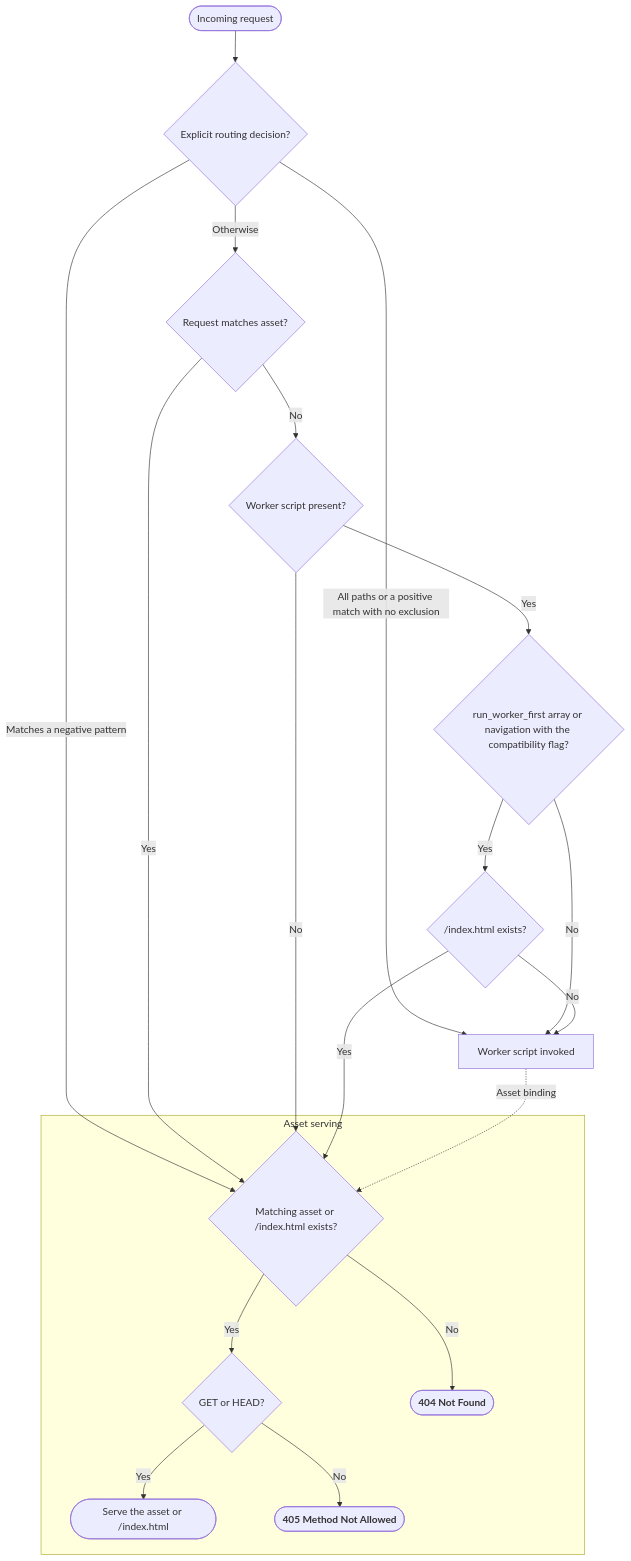
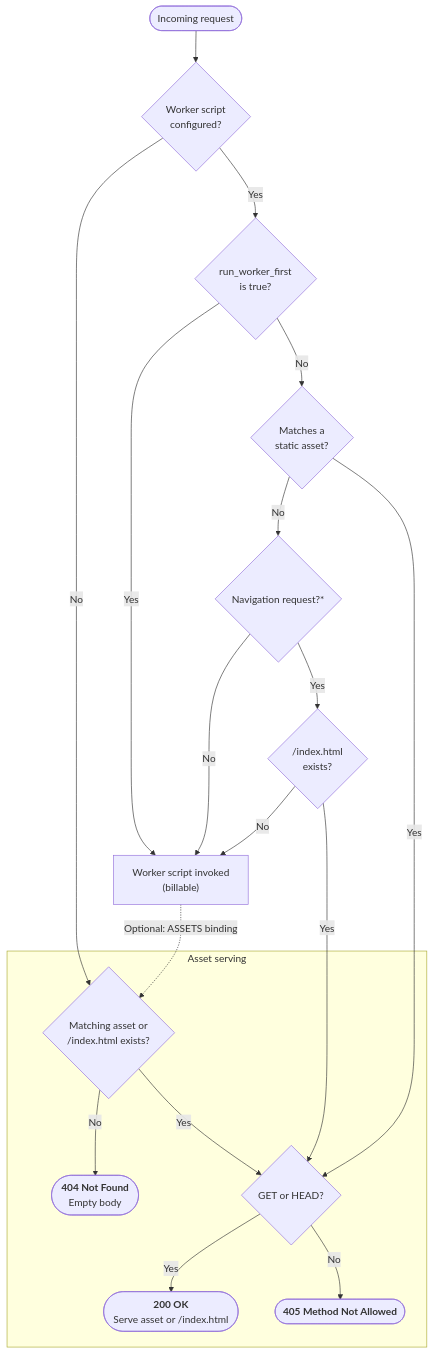
Before and after one commit to cloudflare/cloudflare-docs: the first of 2 diagrams in src/content/docs/workers/static-assets/routing/single-page-application.mdx, drawn with Mermaid. The commit also changed other lines of this file and 3 other files, not shown here.

Commit message:
[Workers] Improve SPA and SSG routing diagrams and refit hidden Mermaid SVGs

````diff
--- a/src/content/docs/workers/static-assets/routing/single-page-application.mdx
+++ b/src/content/docs/workers/static-assets/routing/single-page-application.mdx
@@ -113,35 +132,42 @@
 ```mermaid
-flowchart
+flowchart TD
 	Request@{ shape: stadium, label: "Incoming request" }
-	Request-->RunWorkerFirst
-	RunWorkerFirst@{ shape: diamond, label: "Explicit routing decision?" }
-	RunWorkerFirst-->|All paths or a positive match with no exclusion|WorkerScriptInvoked
-	RunWorkerFirst-->|Matches a negative pattern|AssetServing
-	RunWorkerFirst-->|Otherwise|RequestMatchesAsset
-	RequestMatchesAsset@{ shape: diamond, label: "Request matches asset?" }
-	RequestMatchesAsset-->|Yes|AssetServing
-	RequestMatchesAsset-->|No|WorkerScriptPresent
-	WorkerScriptPresent@{ shape: diamond, label: "Worker script present?" }
-	WorkerScriptPresent-->|No|AssetServing
-	WorkerScriptPresent-->|Yes|UseSPAFallback
-	UseSPAFallback@{ shape: diamond, label: "run_worker_first array or navigation with the compatibility flag?" }
-	UseSPAFallback-->|Yes|FallbackExists
-	UseSPAFallback-->|No|WorkerScriptInvoked
-	FallbackExists@{ shape: diamond, label: "/index.html exists?" }
-	FallbackExists-->|Yes|AssetServing
-	FallbackExists-->|No|WorkerScriptInvoked
-	WorkerScriptInvoked@{ shape: rect, label: "Worker script invoked" }
-	WorkerScriptInvoked-.->|Asset binding|AssetServing
+	Request --> HasWorker
+
+	HasWorker@{ shape: diamond, label: "Worker script<br />configured?" }
+	HasWorker -->|No| AssetLookup
+	HasWorker -->|Yes| RunWorkerFirst
+
+	RunWorkerFirst@{ shape: diamond, label: "run_worker_first<br />is true?" }
+	RunWorkerFirst -->|Yes| WorkerScript
+	RunWorkerFirst -->|No| MatchesAsset
+
+	MatchesAsset@{ shape: diamond, label: "Matches a<br />static asset?" }
+	MatchesAsset -->|No| NavRequest
+	MatchesAsset -->|Yes| MethodAllowed
+
+	NavRequest@{ shape: diamond, label: "Navigation request?*" }
+	NavRequest -->|No| WorkerScript
+	NavRequest -->|Yes| FallbackExists
+
+	FallbackExists@{ shape: diamond, label: "/index.html<br />exists?" }
+	FallbackExists -->|No| WorkerScript
+	FallbackExists -->|Yes| MethodAllowed
+
+	WorkerScript@{ shape: rect, label: "Worker script invoked<br />(billable)" }
+	WorkerScript -.->|Optional: ASSETS binding| AssetLookup
 
 	subgraph Asset serving
-		AssetServing@{ shape: diamond, label: "Matching asset or /index.html exists?" }
-		AssetServing-->|Yes|MethodAllowed
-		AssetServing-->|No|NotFound
+		AssetLookup@{ shape: diamond, label: "Matching asset or<br />/index.html exists?" }
+		AssetLookup -->|No| NotFound
+		AssetLookup -->|Yes| MethodAllowed
+
 		MethodAllowed@{ shape: diamond, label: "GET or HEAD?" }
-		MethodAllowed-->|Yes|AssetServed
-		MethodAllowed-->|No|MethodNotAllowed
-		AssetServed@{ shape: stadium, label: "Serve the asset or /index.html" }
-		NotFound@{ shape: stadium, label: "**404 Not Found**" }
-		MethodNotAllowed@{ shape: stadium, label: "**405 Method Not Allowed**" }
+		MethodAllowed -->|Yes| AssetServed
+		MethodAllowed -->|No| MethodNotAllowed
+
+		AssetServed@{ shape: stadium, label: "<b>200 OK</b><br />Serve asset or /index.html" }
+		NotFound@{ shape: stadium, label: "<b>404 Not Found</b><br />Empty body" }
+		MethodNotAllowed@{ shape: stadium, label: "<b>405 Method Not Allowed</b>" }
 	end
 ```
````
